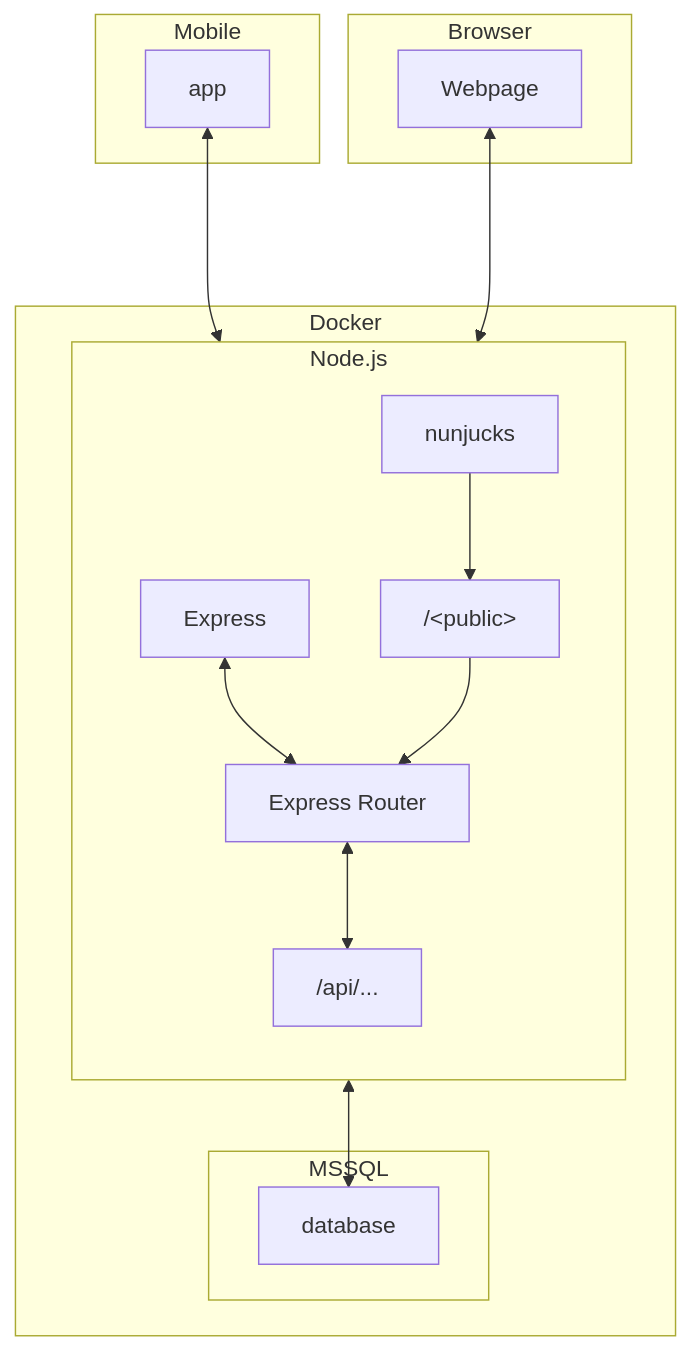
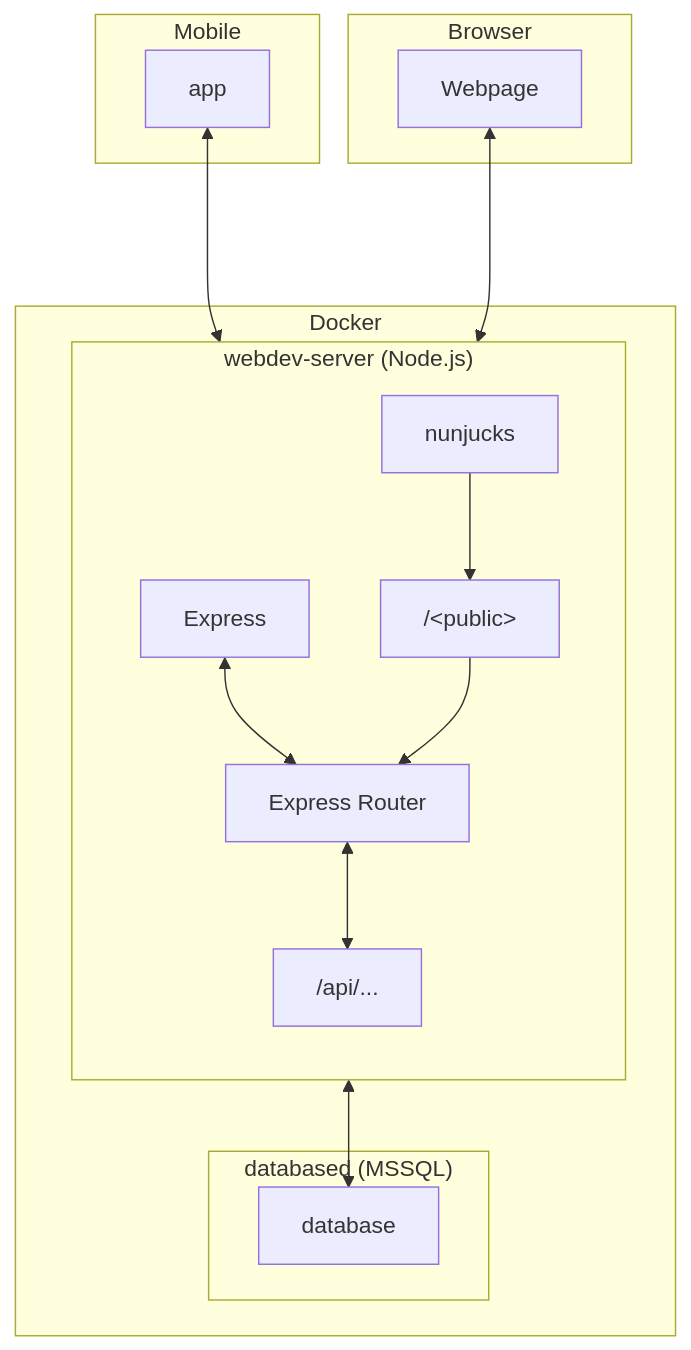
The diagram in README.md (Software-Engineering-WebDev-MobileDev/WebDev), drawn with Mermaid before and after one commit. The commit also changed other lines of this file, not shown here.

````diff
--- a/README.md
+++ b/README.md
@@ -53,26 +89,26 @@
 ```mermaid 
 graph TB
     subgraph Mobile 
         app
     end
     subgraph Browser 
         wp[Webpage]
     end
     subgraph Docker
-      subgraph Node.js
+      subgraph "webdev-server (Node.js)"
         direction TB
         exp[Express] <--> expr[Express Router]
         api["/api/..."]
         public["/&lt;public&gt;"]
         expr <--> api
         public --> expr
         html["nunjucks"] --> public
       end
-      subgraph MSSQL 
+      subgraph "databased (MSSQL)"
           database
           api <--> database
       end
       app <---> exp
       wp <---> exp
     end
 ```
````
